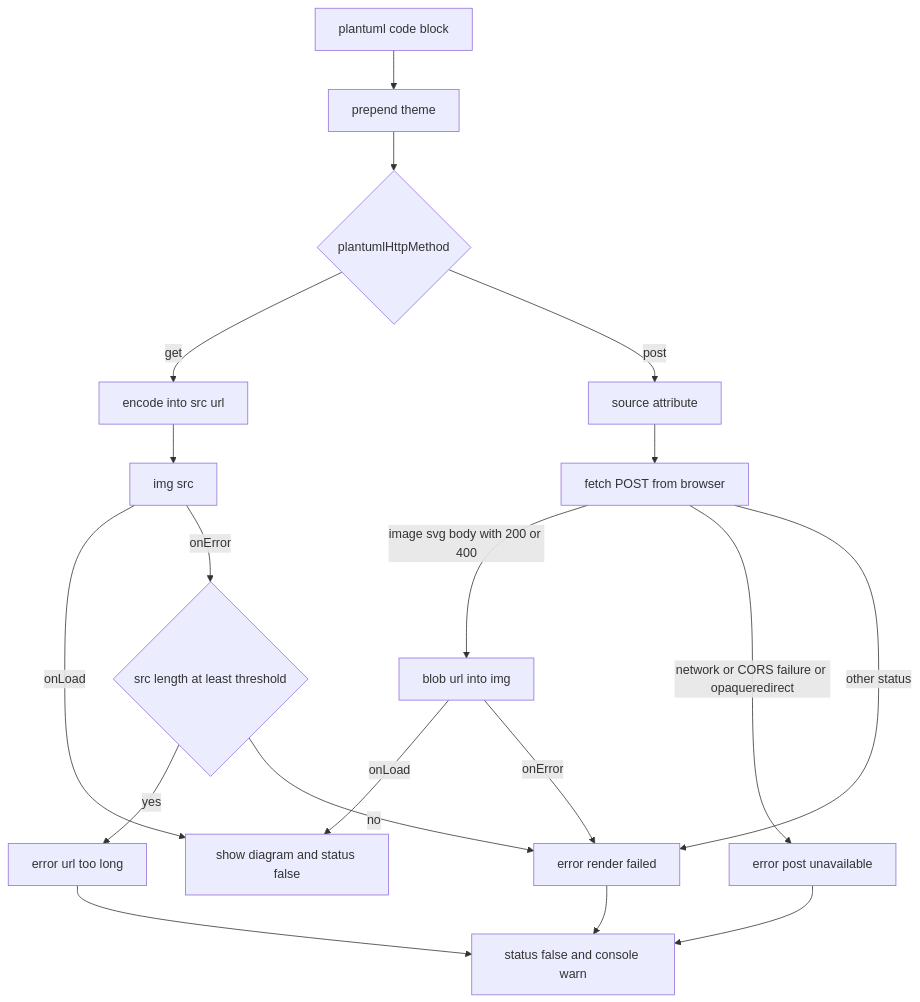
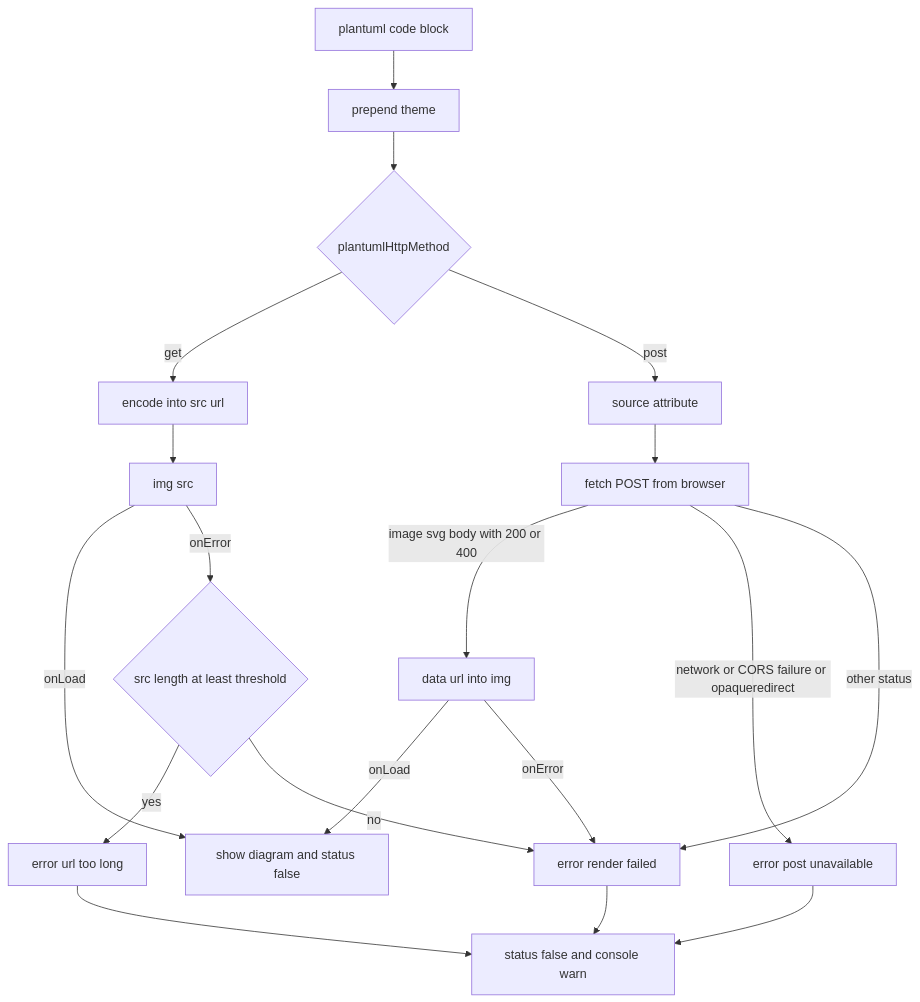
One commit to growilabs/growi changed the second of 2 diagrams in .kiro/specs/plantuml/design.md. Above: the diagram before and after it, drawn with Mermaid. The commit also changed other lines of this file and 6 other files, not shown here.

First line of the commit message:
fix(plantuml): show POST-fetched SVGs through a data URL instead of a blob URL

````diff
--- a/.kiro/specs/plantuml/design.md
+++ b/.kiro/specs/plantuml/design.md
@@ -128,21 +128,21 @@
 ```mermaid
 flowchart TD
     A[plantuml code block] --> B[prepend theme]
     B --> C{plantumlHttpMethod}
     C -- get --> D[encode into src url]
     D --> E[img src]
     E -- onLoad --> OK[show diagram and status false]
     E -- onError --> F{src length at least threshold}
     F -- yes --> E1[error url too long]
     F -- no --> E3[error render failed]
     C -- post --> G[source attribute]
     G --> H[fetch POST from browser]
-    H -- image svg body with 200 or 400 --> I[blob url into img]
+    H -- image svg body with 200 or 400 --> I[data url into img]
     I -- onLoad --> OK
     I -- onError --> E3
     H -- network or CORS failure or opaqueredirect --> E2[error post unavailable]
     H -- other status --> E3
     E1 --> Z[status false and console warn]
     E2 --> Z
     E3 --> Z
 ```
````
